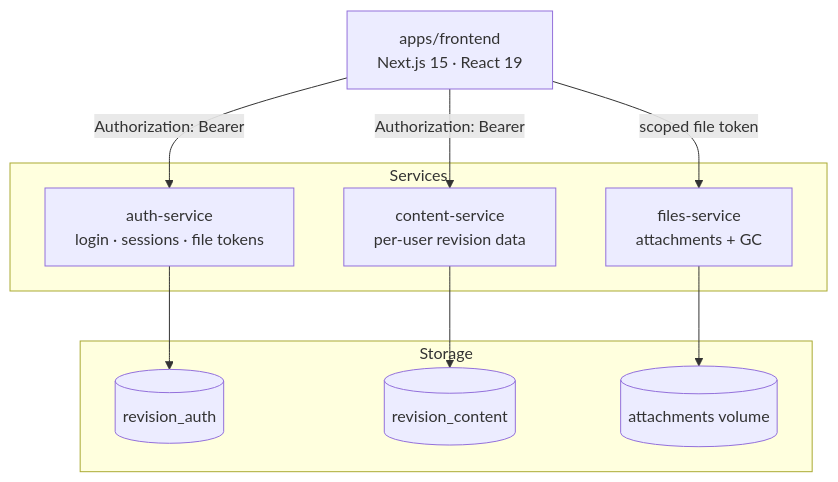
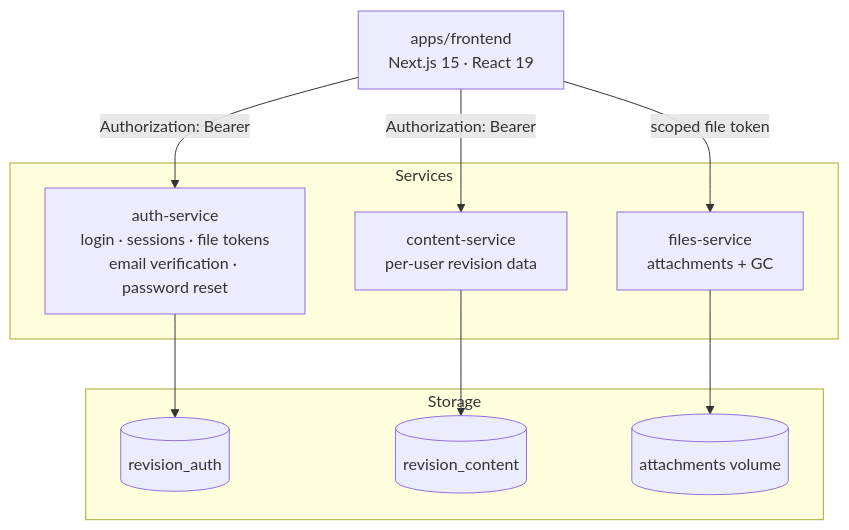
The first of 3 diagrams in README.md (SauravShadow/Revision_app), drawn with Mermaid before and after one commit. The commit also changed other lines of this file and 1 other file, not shown here.

Commit message:
test: smoke test covers email verification; document email flow

````diff
--- a/README.md
+++ b/README.md
@@ -13,23 +13,23 @@
 ```mermaid
 graph TB
     UI["apps/frontend<br/>Next.js 15 · React 19"]
 
     subgraph Services
-        AUTH["auth-service<br/>login · sessions · file tokens"]
+        AUTH["auth-service<br/>login · sessions · file tokens<br/>email verification · password reset"]
         CONTENT["content-service<br/>per-user revision data"]
         FILES["files-service<br/>attachments + GC"]
     end
 
     subgraph Storage
         DBA[("revision_auth")]
         DBC[("revision_content")]
         DISK[("attachments volume")]
     end
 
     UI -- "Authorization: Bearer <token>" --> AUTH
     UI -- "Authorization: Bearer <token>" --> CONTENT
     UI -- "scoped file token" --> FILES
     AUTH --> DBA
     CONTENT --> DBC
     FILES --> DISK
 ```
````
